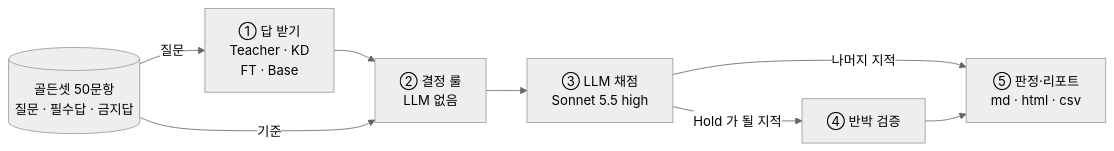
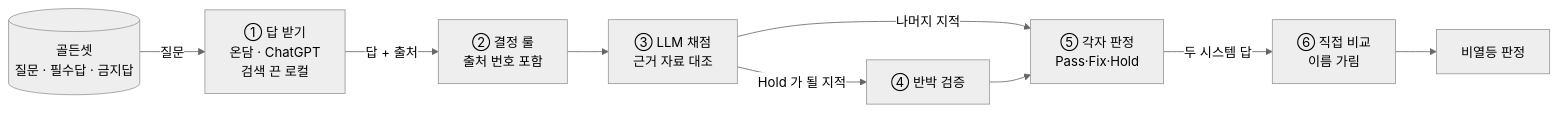
Before and after one commit to YOONPYOGitHub/knowledge-distillation: the first of 3 diagrams in README.md, drawn with Mermaid (neutral theme). The commit also changed other lines of this file and 53 other files, not shown here.

First line of the commit message:
feat: autoqa 를 온담(온디바이스 LLM + RAG) 평가로 전환 — 출처 검사·상용 LLM 비교·골든셋 v0.4

````diff
--- a/README.md
+++ b/README.md
@@ -36,10 +37,11 @@
 ```mermaid
 flowchart LR
-  G[("골든셋 50문항<br/>질문 · 필수답 · 금지답")] -->|"질문"| A["① 답 받기<br/>Teacher · KD<br/>FT · Base"]
-  A --> D["② 결정 룰<br/>LLM 없음"]
-  G -->|"기준"| D
-  D --> J["③ LLM 채점<br/>Sonnet 5.5 high"]
+  G[("골든셋<br/>질문 · 필수답 · 금지답")] -->|"질문"| A["① 답 받기<br/>온담 · ChatGPT<br/>검색 끈 로컬"]
+  A -->|"답 + 출처"| D["② 결정 룰<br/>출처 번호 포함"]
+  D --> J["③ LLM 채점<br/>근거 자료 대조"]
   J -->|"Hold 가 될 지적"| V["④ 반박 검증"]
-  J -->|"나머지 지적"| F["⑤ 판정·리포트<br/>md · html · csv"]
+  J -->|"나머지 지적"| F["⑤ 각자 판정<br/>Pass·Fix·Hold"]
   V --> F
+  F -->|"두 시스템 답"| C["⑥ 직접 비교<br/>이름 가림"]
+  C --> N["비열등 판정"]
 ```
````
